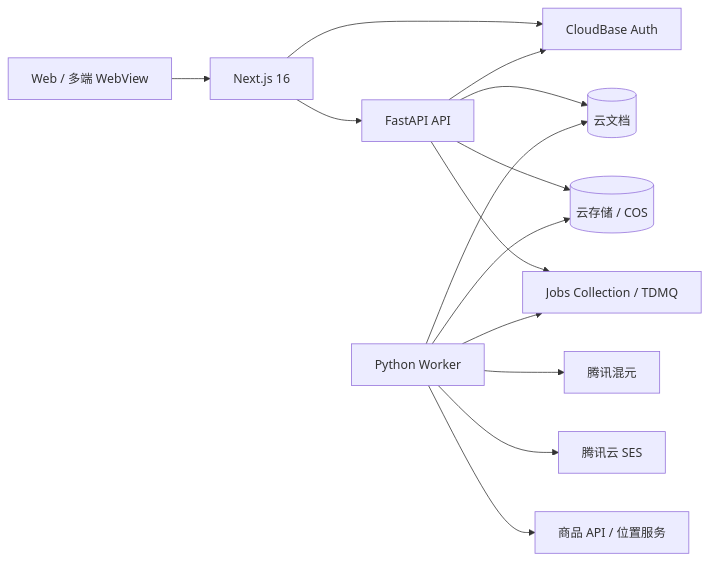
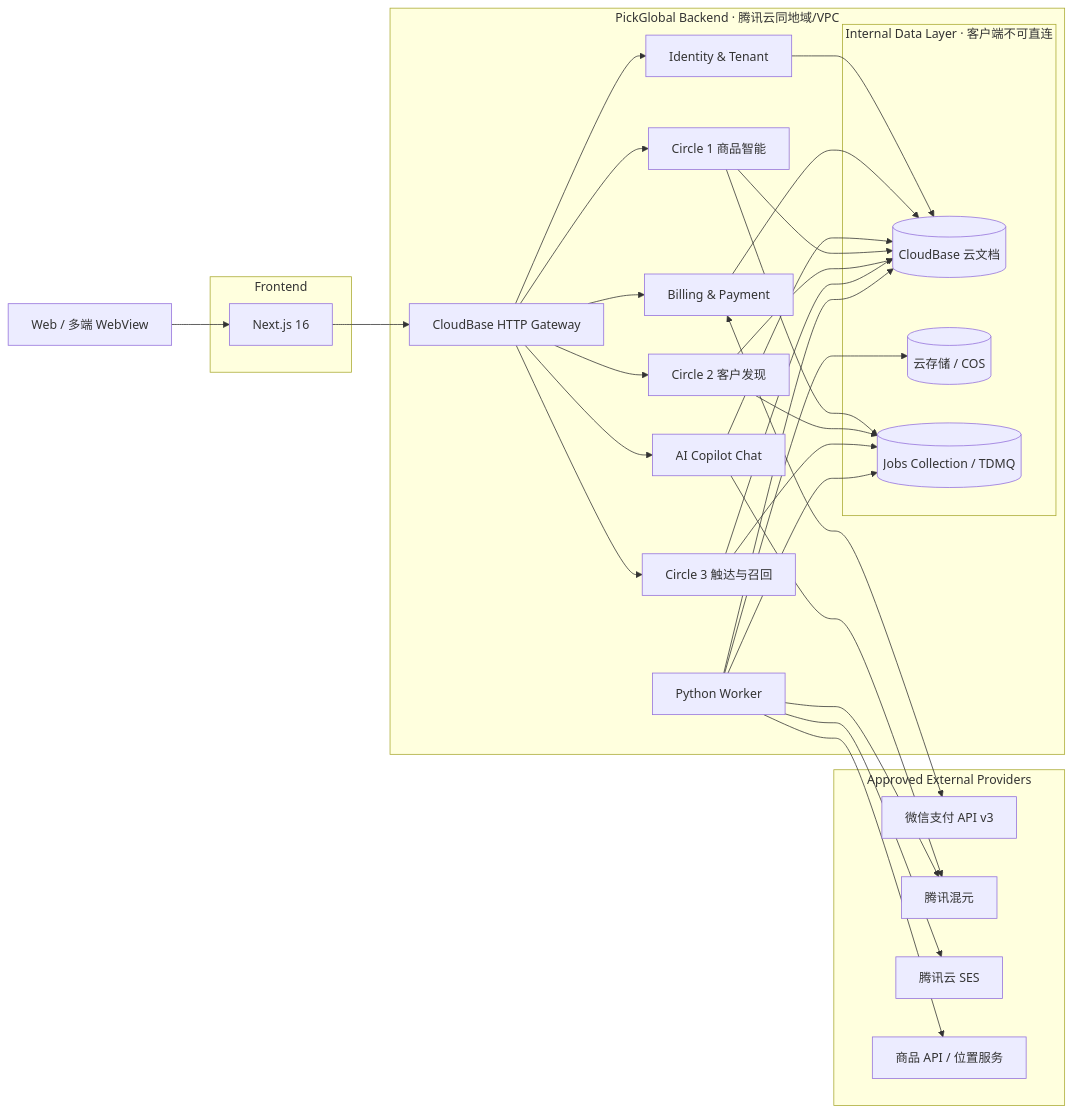
Before and after one commit to yuxuanzhouo3/mvp_35: the first of 2 diagrams in back.md, drawn with Mermaid. The commit also changed other lines of this file and 20 other files, not shown here.

Commit message:
Complete PickGlobal 1.0 admin experience.

````diff
--- a/back.md
+++ b/back.md
@@ -30,28 +34,59 @@
 ```mermaid
 flowchart LR
   Client[Web / 多端 WebView]
-  Web[Next.js 16]
-  API[FastAPI API]
-  Worker[Python Worker]
-  Auth[CloudBase Auth]
-  DocDB[(云文档)]
-  Store[(云存储 / COS)]
-  Queue[Jobs Collection / TDMQ]
-  Hunyuan[腾讯混元]
-  SES[腾讯云 SES]
-  Providers[商品 API / 位置服务]
+
+  subgraph Frontend["Frontend"]
+    Web[Next.js 16]
+  end
+
+  subgraph Backend["PickGlobal Backend · 腾讯云同地域/VPC"]
+    Gateway[CloudBase HTTP Gateway]
+    Auth[Identity & Tenant]
+    Billing[Billing & Payment]
+    Chat[AI Copilot Chat]
+    Core1[Circle 1 商品智能]
+    Core2[Circle 2 客户发现]
+    Core3[Circle 3 触达与召回]
+    Worker[Python Worker]
+
+    subgraph DataLayer["Internal Data Layer · 客户端不可直连"]
+      DocDB[(CloudBase 云文档)]
+      Store[(云存储 / COS)]
+      Queue[(Jobs Collection / TDMQ)]
+    end
+
+    Gateway --> Auth
+    Gateway --> Billing
+    Gateway --> Chat
+    Gateway --> Core1
+    Gateway --> Core2
+    Gateway --> Core3
+    Auth --> DocDB
+    Billing --> DocDB
+    Chat --> DocDB
+    Core1 --> DocDB
+    Core2 --> DocDB
+    Core3 --> DocDB
+    Core1 --> Queue
+    Core2 --> Queue
+    Core3 --> Queue
+    Worker --> Queue
+    Worker --> DocDB
+    Worker --> Store
+  end
+
+  subgraph External["Approved External Providers"]
+    Pay[微信支付 API v3]
+    Hunyuan[腾讯混元]
+    SES[腾讯云 SES]
+    Providers[商品 API / 位置服务]
+  end
 
   Client --> Web
-  Web --> Auth
-  Web --> API
-  API --> Auth
-  API --> DocDB
-  API --> Store
-  API --> Queue
-  Worker --> Queue
-  Worker --> DocDB
-  Worker --> Store
+  Web --> Gateway
+  Billing <--> Pay
+  Chat --> Hunyuan
   Worker --> Hunyuan
   Worker --> SES
   Worker --> Providers
 ```
````
